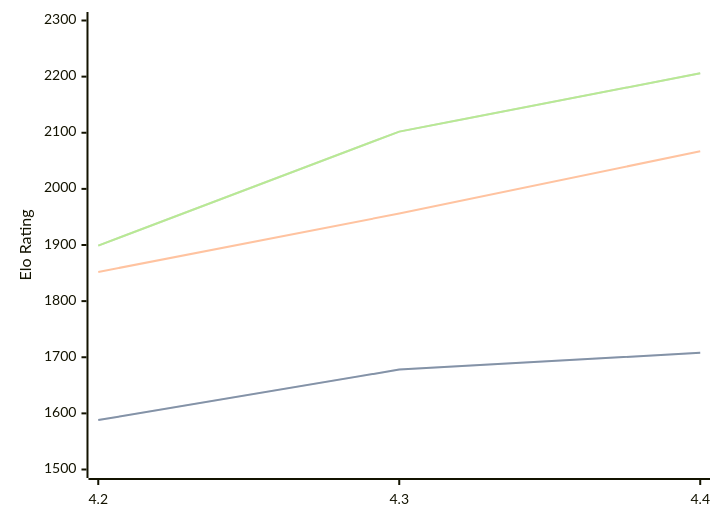
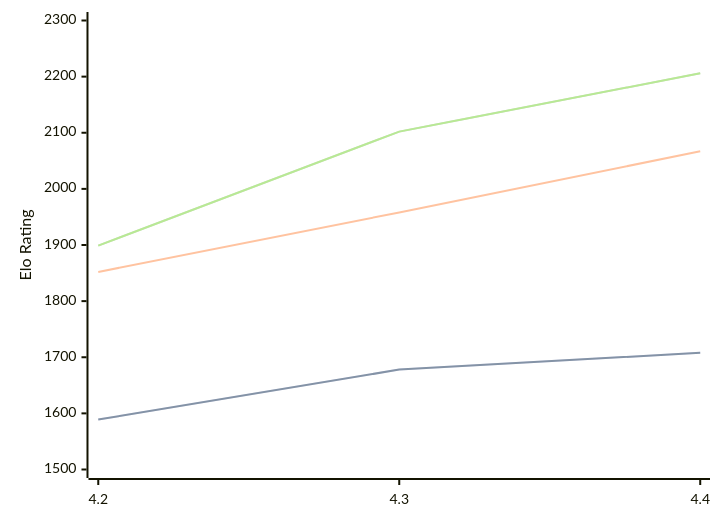
The diagram in engines/Radiance.md (computer-chess-index/cci), drawn with Mermaid before and after one commit. The commit also changed other lines of this file, not shown here.

````diff
--- a/engines/Radiance.md
+++ b/engines/Radiance.md
@@ -33,11 +33,11 @@
 ```mermaid
 %%{init: {"theme":"base","themeVariables":{"seriesColors:['#a3a3a3','#222221','#faa371']}}}%%
 xychart-beta
   x-axis ["4.2", "4.3", "4.4"]
   y-axis "Elo Rating" 1500 --> 2300
-  line "" [1588, 1678, 1708]
-  line "STC (8.0+0.08s)" [1588, 1678, 1708]
-  line "LTC (60.0+0.60s)" [1852, 1956, 2067]
+  line "" [1589, 1678, 1708]
+  line "STC (8.0+0.08s)" [1589, 1678, 1708]
+  line "LTC (60.0+0.60s)" [1852, 1958, 2067]
   line "" [1899, 2102, 2206]
   line "VLTC (2m24s+1.12s)" [1899, 2102, 2206]
 ```
````
